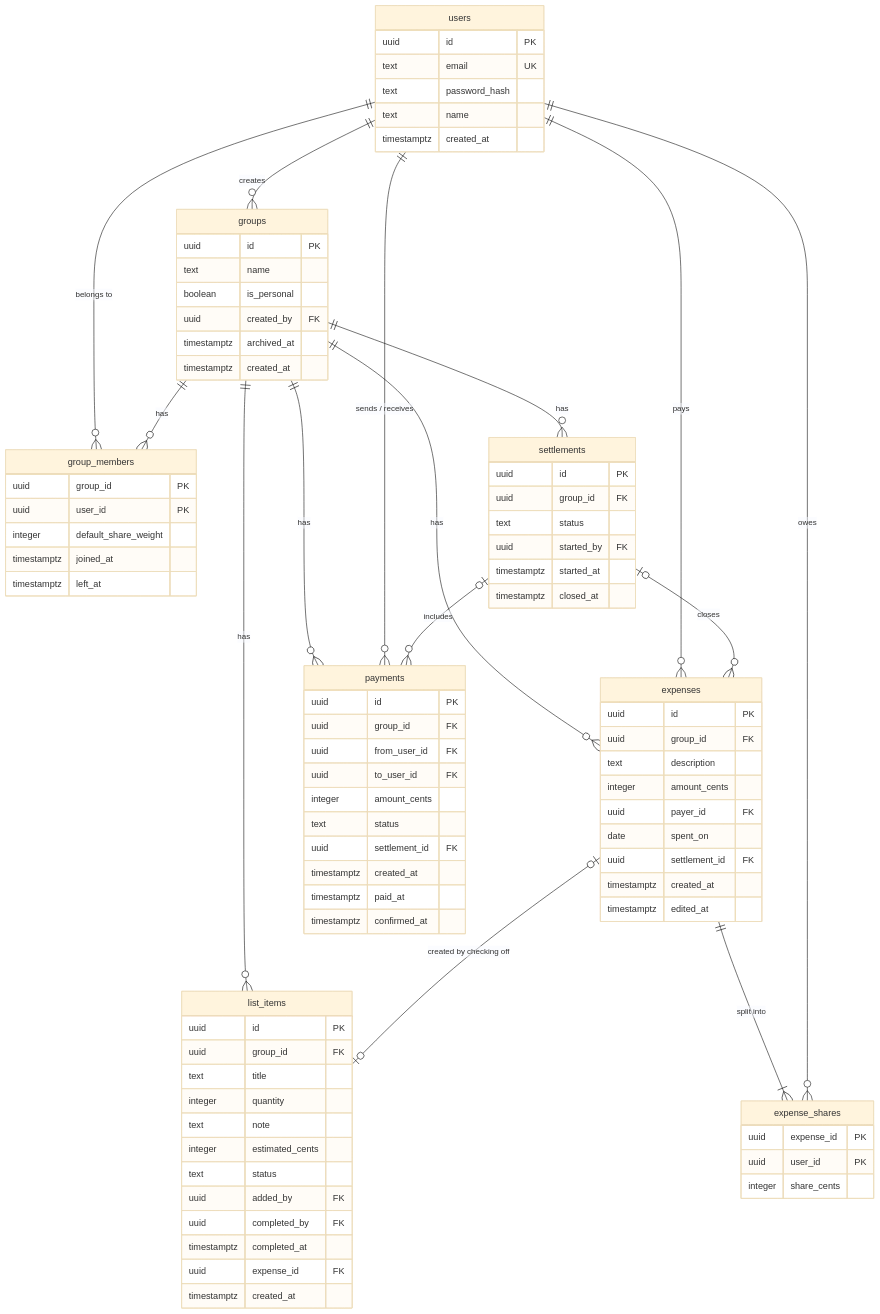
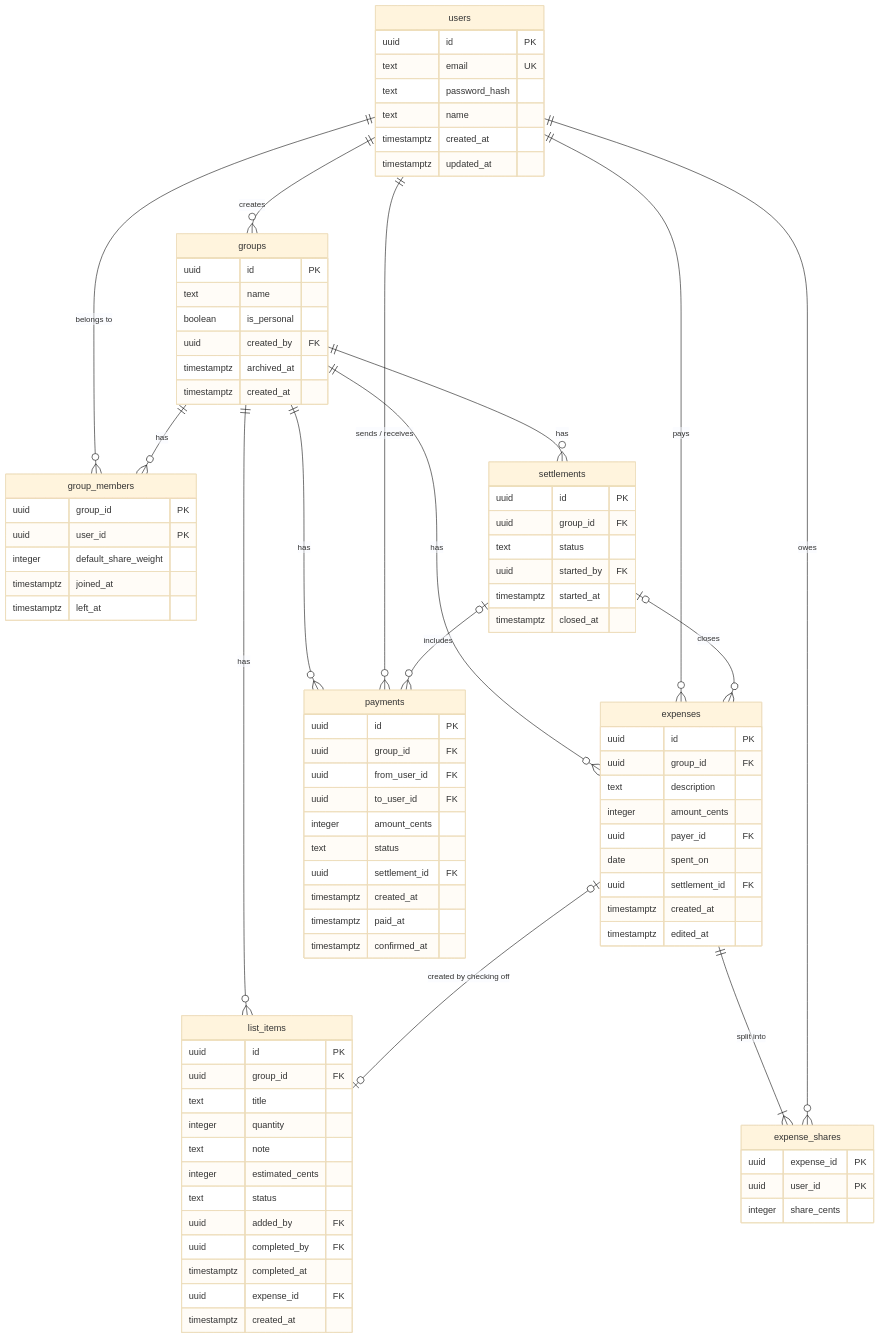
The fourth of 5 diagrams in docs/architecture.md (blouyakis/cs6983-project-2), drawn with Mermaid (base theme) before and after one commit. The commit also changed 1 other file, not shown here.

Commit message:
feat(db): add updated_at to users (#3)

```diff
--- a/docs/architecture.md
+++ b/docs/architecture.md
@@ -142,6 +142,7 @@
     text password_hash
     text name
     timestamptz created_at
+    timestamptz updated_at
   }
   groups {
     uuid id PK
```
